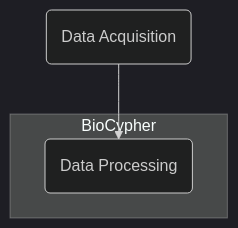
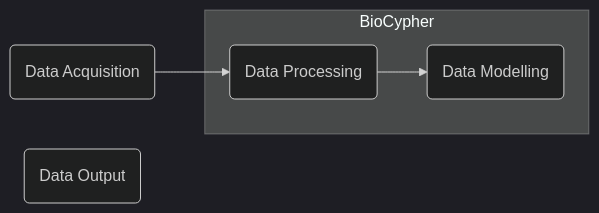
Before and after one commit to HealthECCO/community-resources: the second of 2 diagrams in README.md, drawn with Mermaid (dark theme). The commit also changed other lines of this file, not shown here.

````diff
--- a/README.md
+++ b/README.md
@@ -4,7 +10,8 @@
 ```mermaid
-  graph TD;
+  graph LR; 
       DA(Data Acquisition)-->DP(Data Processing);
       subgraph BioCypher
-        DP
-    end
+        DP-->DM(Data Modelling);
+      end
+     DO(Data Output);
 ```
````
